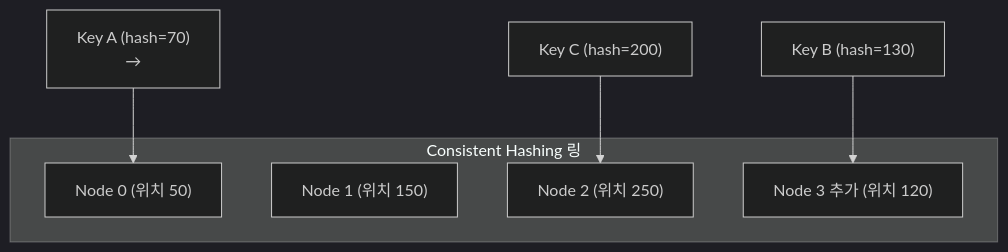
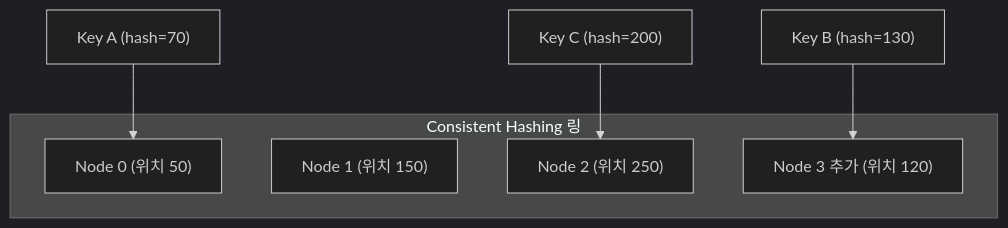
Before and after one commit to yjkim2015/yjkim2015.github.io: the fifth of 13 diagrams in _posts/db/2026-05-01-db-sharding.md, drawn with Mermaid (dark theme). The commit also changed other lines of this file and 217 other files, not shown here.

First line of the commit message:
Mermaid 크기 수정: useMaxWidth:true + SVG max-width:100% + 라벨 축소

````diff
--- a/_posts/db/2026-05-01-db-sharding.md
+++ b/_posts/db/2026-05-01-db-sharding.md
@@ -119,12 +119,12 @@
 ```mermaid
 graph TD
     subgraph "Consistent Hashing 링"
         N0["Node 0 (위치 50)"]
         N1["Node 1 (위치 150)"]
         N2["Node 2 (위치 250)"]
         N3["Node 3 추가 (위치 120)"]
     end
-    K0["Key A (hash=70)\n→"] --> N0
-    K1["Key B (hash=130)\n"] --> N3
-    K2["Key C (hash=200)\n"] --> N2
+    K0["Key A (hash=70)"] --> N0
+    K1["Key B (hash=130)"] --> N3
+    K2["Key C (hash=200)"] --> N2
 ```
````
